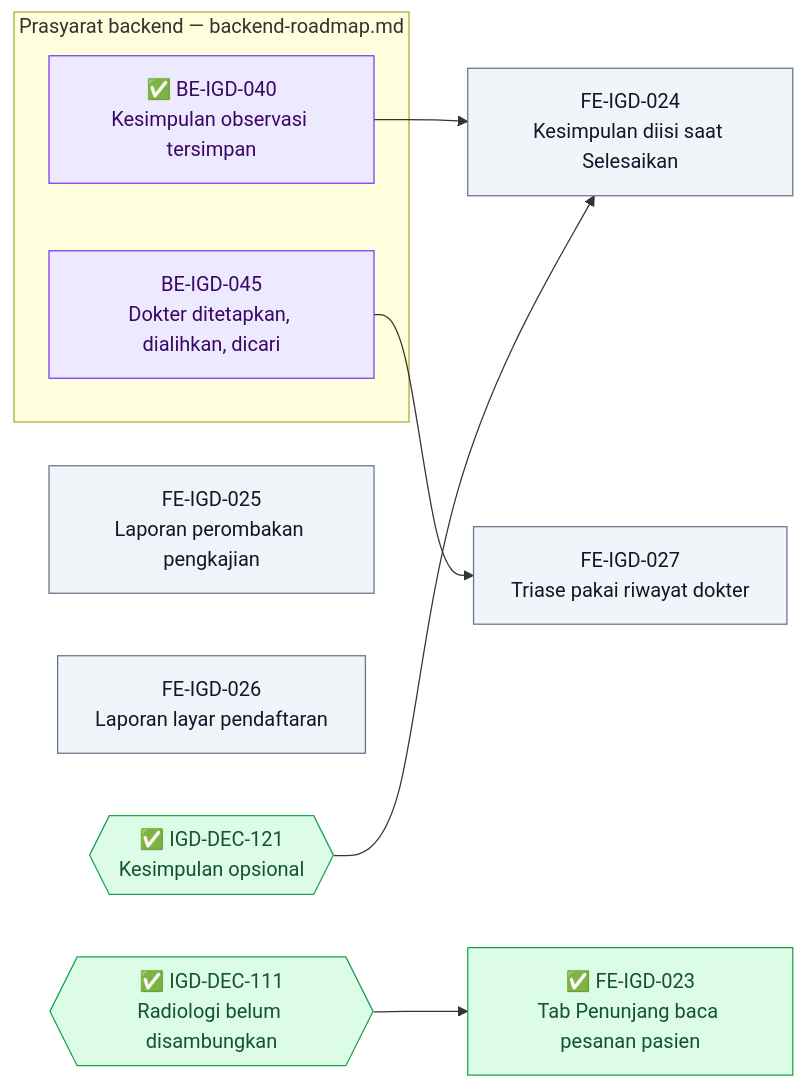
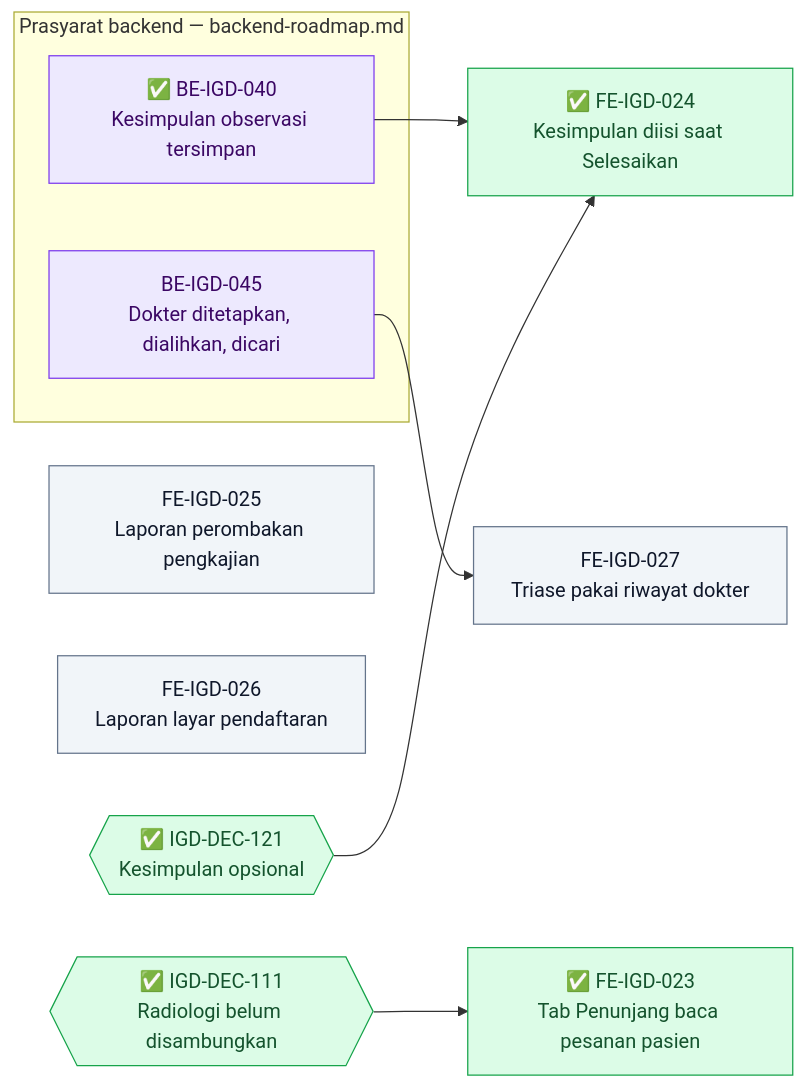
Before and after one commit to DevBenari/NewQuilvianSystemBackend: the sixth of 6 diagrams in docs/module-blueprints/igd/roadmap/frontend-roadmap.md, drawn with Mermaid. The commit also changed other lines of this file and 7 other files, not shown here.

````diff
--- a/docs/module-blueprints/igd/roadmap/frontend-roadmap.md
+++ b/docs/module-blueprints/igd/roadmap/frontend-roadmap.md
@@ -649,26 +649,26 @@
 ```mermaid
 flowchart LR
     classDef selesai fill:#DCFCE7,stroke:#16A34A,color:#14532D
     classDef sebagian fill:#FEF9C3,stroke:#CA8A04,color:#713F12
     classDef terblokir fill:#FEE2E2,stroke:#DC2626,color:#7F1D1D
     classDef belum fill:#F1F5F9,stroke:#64748B,color:#0F172A
     classDef luar fill:#EDE9FE,stroke:#7C3AED,color:#3B0764
 
     subgraph backend["Prasyarat backend — backend-roadmap.md"]
         BEIGD040["✅ BE-IGD-040<br/>Kesimpulan observasi tersimpan"]:::luar
         BEIGD045["BE-IGD-045<br/>Dokter ditetapkan, dialihkan, dicari"]:::luar
     end
 
     DEC111{{"✅ IGD-DEC-111<br/>Radiologi belum disambungkan"}}:::selesai
     DEC121{{"✅ IGD-DEC-121<br/>Kesimpulan opsional"}}:::selesai
     FEIGD023["✅ FE-IGD-023<br/>Tab Penunjang baca pesanan pasien"]:::selesai
-    FEIGD024["FE-IGD-024<br/>Kesimpulan diisi saat Selesaikan"]:::belum
+    FEIGD024["✅ FE-IGD-024<br/>Kesimpulan diisi saat Selesaikan"]:::selesai
     FEIGD025["FE-IGD-025<br/>Laporan perombakan pengkajian"]:::belum
     FEIGD026["FE-IGD-026<br/>Laporan layar pendaftaran"]:::belum
     FEIGD027["FE-IGD-027<br/>Triase pakai riwayat dokter"]:::belum
 
     DEC111 --> FEIGD023
     BEIGD040 --> FEIGD024
     DEC121 --> FEIGD024
     BEIGD045 --> FEIGD027
 ```
````
